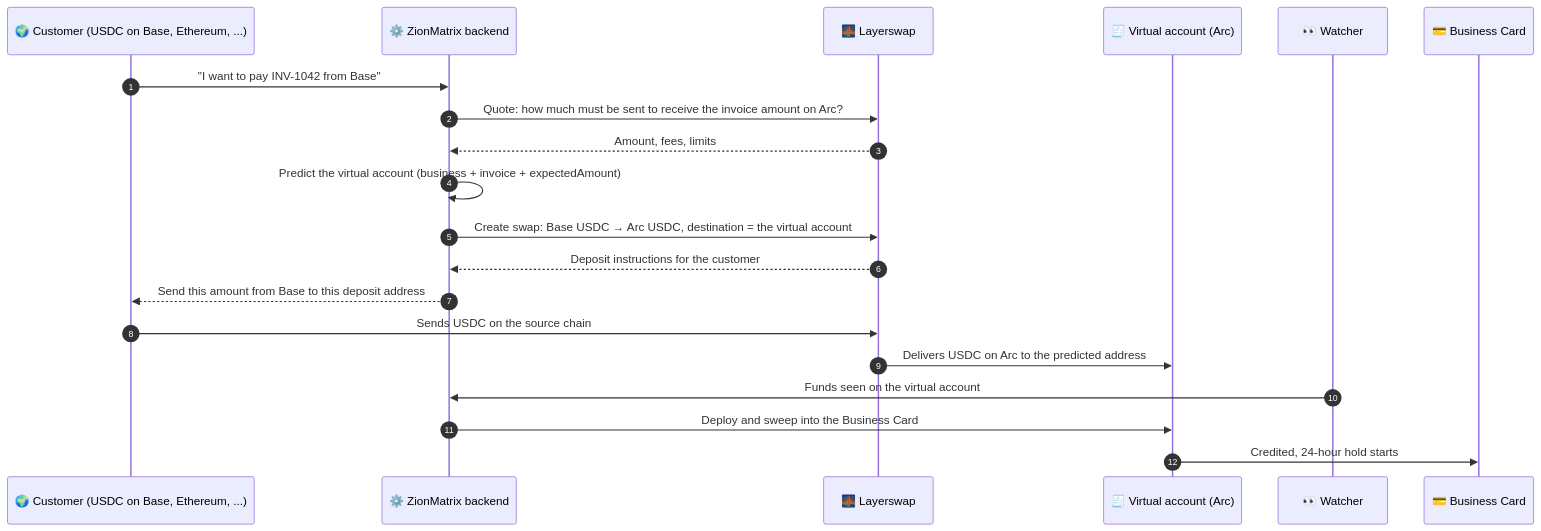
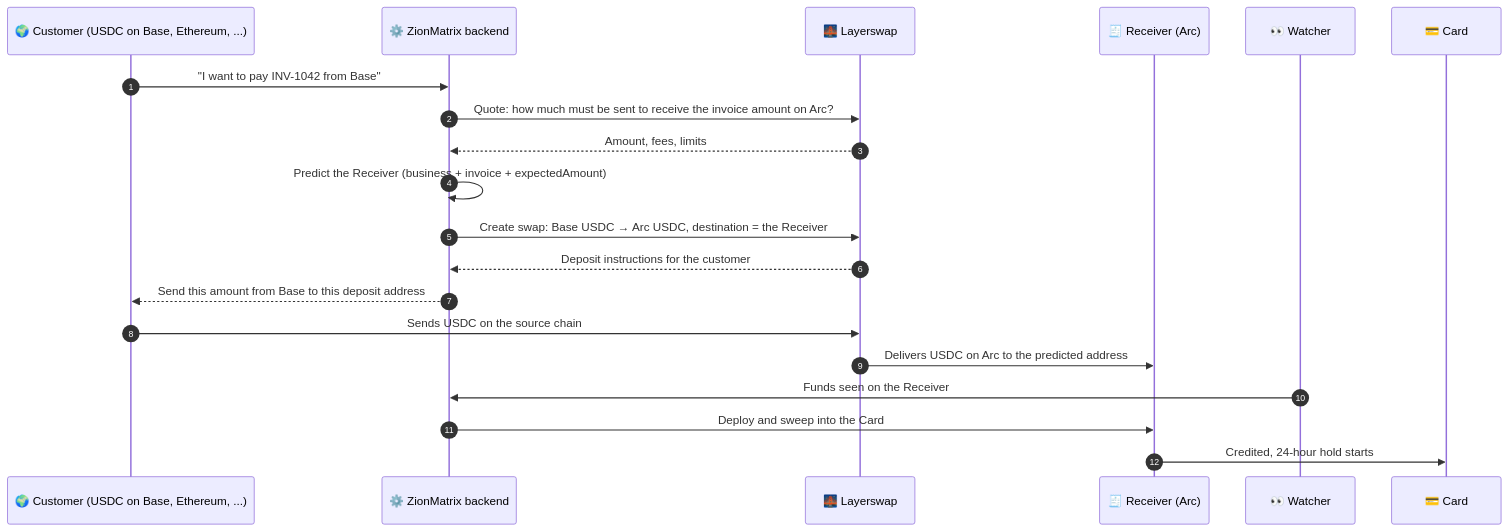
The fourth of 5 diagrams in README.md (mitmelon/zionmatrix-arc), drawn with Mermaid before and after one commit. The commit also changed other lines of this file, not shown here.

````diff
--- a/README.md
+++ b/README.md
@@ -263,23 +263,23 @@
 ```mermaid
 sequenceDiagram
     autonumber
     participant Cust as 🌍 Customer (USDC on Base, Ethereum, ...)
     participant Z as ⚙️ ZionMatrix backend
     participant LS as 🌉 Layerswap
-    participant VA as 🧾 Virtual account (Arc)
+    participant R as 🧾 Receiver (Arc)
     participant W as 👀 Watcher
-    participant Card as 💳 Business Card
+    participant Card as 💳 Card
 
     Cust->>Z: "I want to pay INV-1042 from Base"
     Z->>LS: Quote: how much must be sent to receive the invoice amount on Arc?
     LS-->>Z: Amount, fees, limits
-    Z->>Z: Predict the virtual account (business + invoice + expectedAmount)
-    Z->>LS: Create swap: Base USDC → Arc USDC, destination = the virtual account
+    Z->>Z: Predict the Receiver (business + invoice + expectedAmount)
+    Z->>LS: Create swap: Base USDC → Arc USDC, destination = the Receiver
     LS-->>Z: Deposit instructions for the customer
     Z-->>Cust: Send this amount from Base to this deposit address
     Cust->>LS: Sends USDC on the source chain
-    LS->>VA: Delivers USDC on Arc to the predicted address
-    W->>Z: Funds seen on the virtual account
-    Z->>VA: Deploy and sweep into the Business Card
-    VA->>Card: Credited, 24-hour hold starts
+    LS->>R: Delivers USDC on Arc to the predicted address
+    W->>Z: Funds seen on the Receiver
+    Z->>R: Deploy and sweep into the Card
+    R->>Card: Credited, 24-hour hold starts
 ```
````
